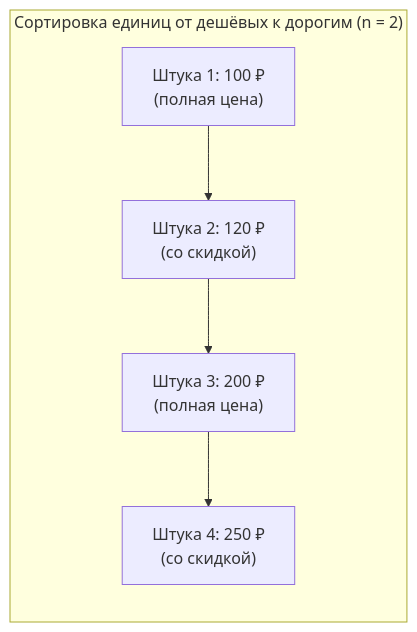
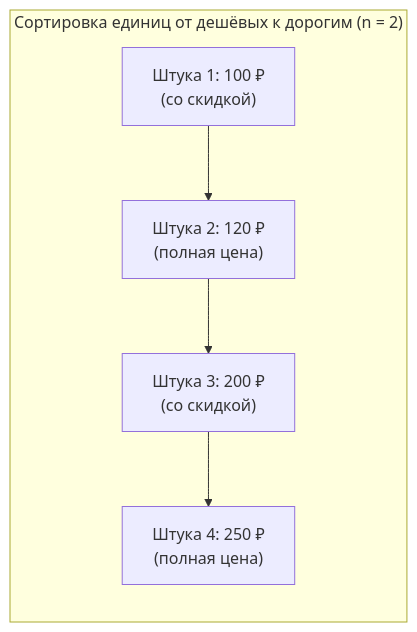
One commit to modx-pro/Docs changed the diagram in docs/components/ms3discounts/faq.md. Above: the diagram before and after it, drawn with Mermaid. The commit also changed other lines of this file and 22 other files, not shown here.

````diff
--- a/docs/components/ms3discounts/faq.md
+++ b/docs/components/ms3discounts/faq.md
@@ -33,10 +33,10 @@
 ```mermaid
 flowchart LR
   subgraph Сортировка["Сортировка единиц от дешёвых к дорогим (n = 2)"]
-    U1["Штука 1: 100 ₽<br>(полная цена)"]
-    U2["Штука 2: 120 ₽<br>(со скидкой)"]
-    U3["Штука 3: 200 ₽<br>(полная цена)"]
-    U4["Штука 4: 250 ₽<br>(со скидкой)"]
+    U1["Штука 1: 100 ₽<br>(со скидкой)"]
+    U2["Штука 2: 120 ₽<br>(полная цена)"]
+    U3["Штука 3: 200 ₽<br>(со скидкой)"]
+    U4["Штука 4: 250 ₽<br>(полная цена)"]
   end
   U1 --> U2 --> U3 --> U4
 ```
````
